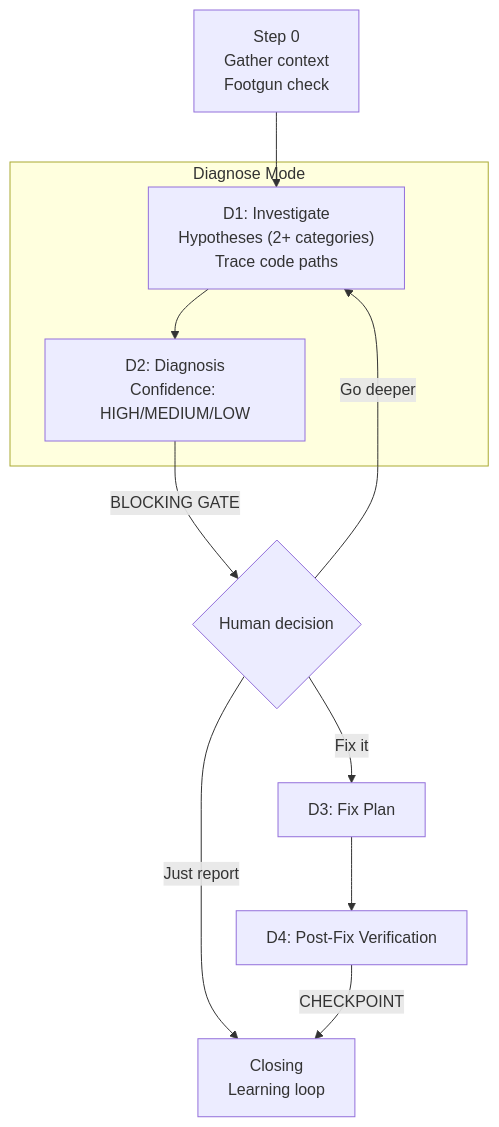
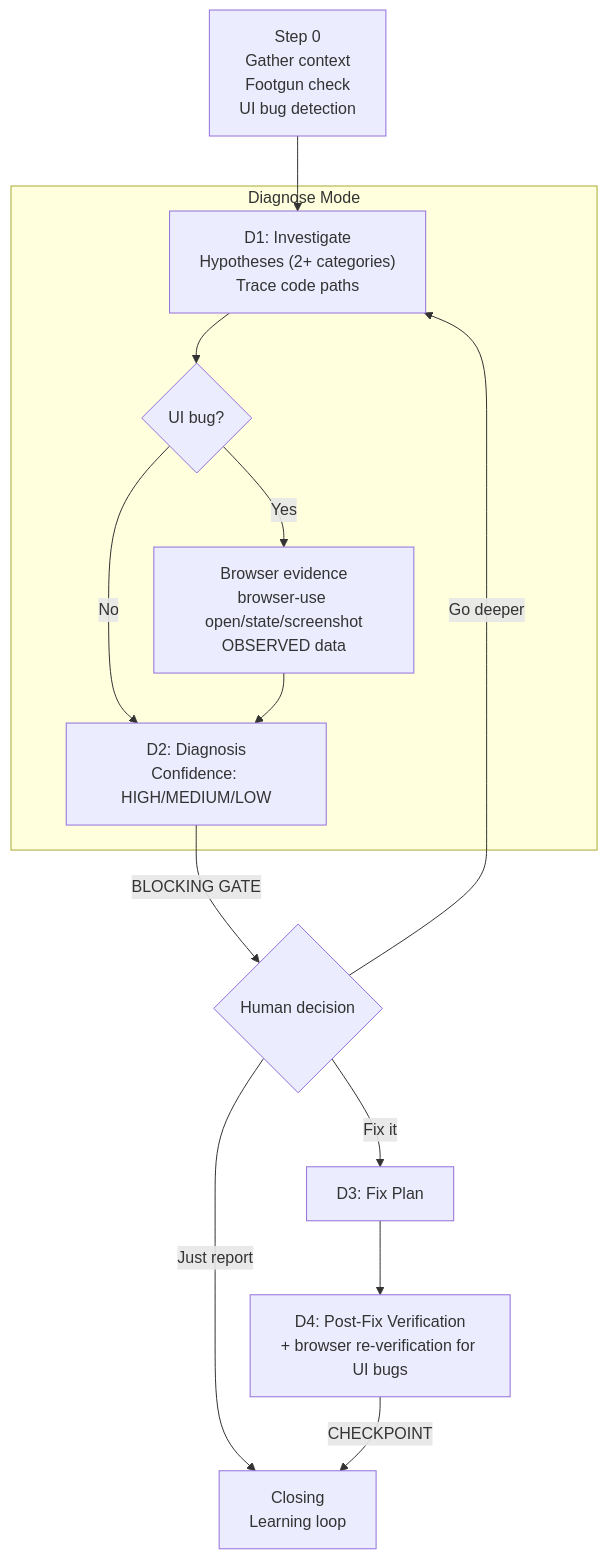
One commit to runchr-org/goat-flow changed the third of 9 diagrams in docs/skills.md. Above: the diagram before and after it, drawn with Mermaid. The commit also changed other lines of this file and 15 other files, not shown here.

````diff
--- a/docs/skills.md
+++ b/docs/skills.md
@@ -89,16 +92,18 @@
 ```mermaid
 flowchart TD
-    S0["Step 0\nGather context\nFootgun check"] --> D1
+    S0["Step 0\nGather context\nFootgun check\nUI bug detection"] --> D1
 
     subgraph Diagnose["Diagnose Mode"]
-        D1["D1: Investigate\nHypotheses (2+ categories)\nTrace code paths"] --> D2
-        D2["D2: Diagnosis\nConfidence: HIGH/MEDIUM/LOW"]
+        D1["D1: Investigate\nHypotheses (2+ categories)\nTrace code paths"] --> BrowserCheck{UI bug?}
+        BrowserCheck -->|Yes| Browser["Browser evidence\nbrowser-use open/state/screenshot\nOBSERVED data"]
+        BrowserCheck -->|No| D2
+        Browser --> D2["D2: Diagnosis\nConfidence: HIGH/MEDIUM/LOW"]
     end
 
     D2 -->|"BLOCKING GATE"| Decision{Human decision}
     Decision -->|"Fix it"| D3["D3: Fix Plan"]
     Decision -->|"Go deeper"| D1
     Decision -->|"Just report"| Close
-    D3 --> D4["D4: Post-Fix Verification"]
+    D3 --> D4["D4: Post-Fix Verification\n+ browser re-verification for UI bugs"]
     D4 -->|"CHECKPOINT"| Close["Closing\nLearning loop"]
 ```
````
